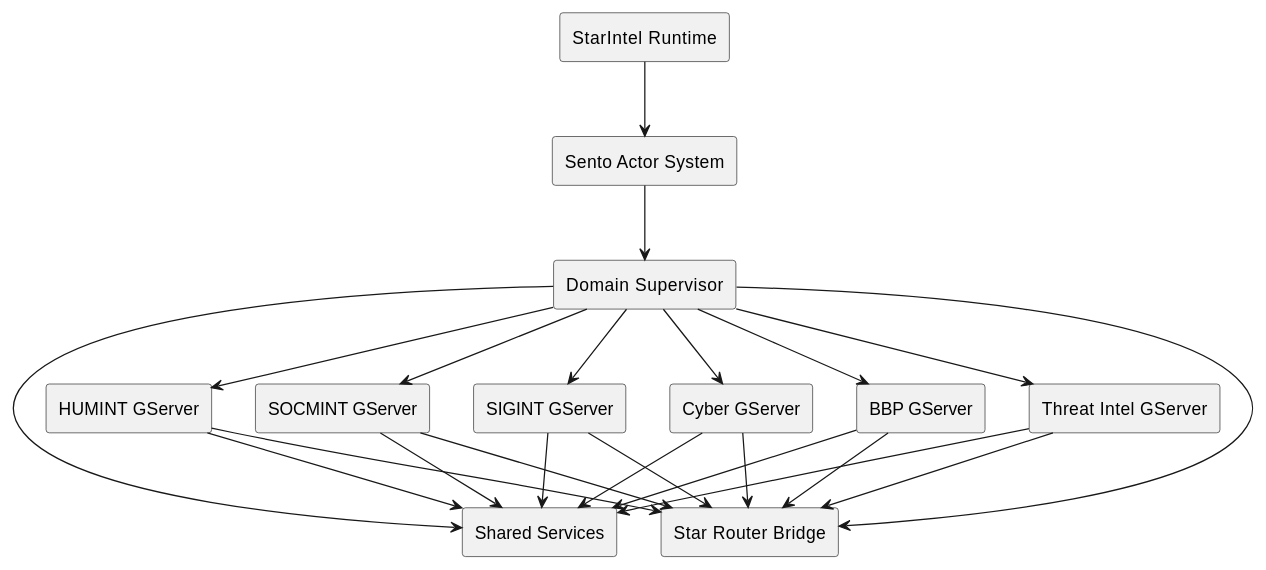
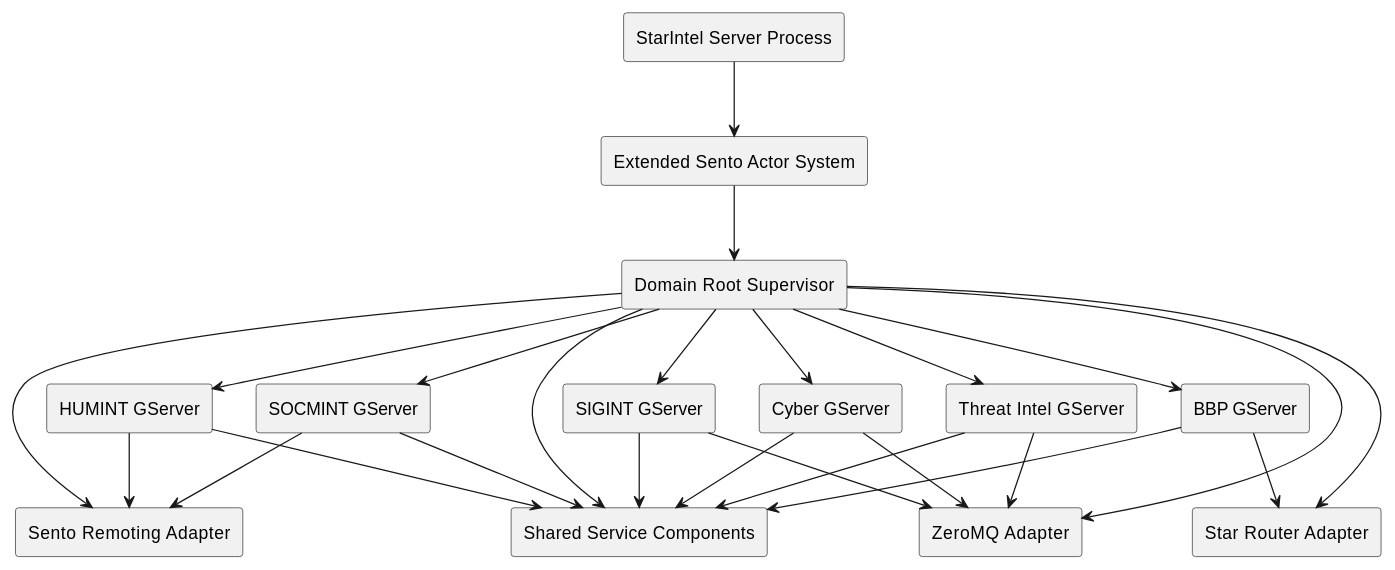
The diagram in roam/design/star-server/STAR-SERVER-000-composable-intelligence-gservers.org (lost-rob0t/starintel-auto-research), drawn with PlantUML before and after one commit. The commit also changed other lines of this file, not shown here.

Commit message:
Align domain gservers with Sento extensions and ZeroMQ

```diff
--- a/roam/design/star-server/STAR-SERVER-000-composable-intelligence-gservers.org
+++ b/roam/design/star-server/STAR-SERVER-000-composable-intelligence-gservers.org
@@ -133,42 +102,46 @@
 #+begin_src plantuml
 @startuml
 skinparam componentStyle rectangle
 
-component "StarIntel Runtime" as Runtime
-component "Sento Actor System" as Sento
-component "Domain Supervisor" as Supervisor
+component "StarIntel Server Process" as Runtime
+component "Extended Sento Actor System" as Sento
+component "Domain Root Supervisor" as Root
 component "HUMINT GServer" as HUMINT
 component "SOCMINT GServer" as SOCMINT
 component "SIGINT GServer" as SIGINT
 component "Cyber GServer" as Cyber
 component "BBP GServer" as BBP
 component "Threat Intel GServer" as ThreatIntel
-component "Shared Services" as Shared
-component "Star Router Bridge" as StarRouter
+component "Shared Service Components" as Shared
+component "Sento Remoting Adapter" as Remoting
+component "ZeroMQ Adapter" as ZMQ
+component "Star Router Adapter" as StarRouter
 
 Runtime --> Sento
-Sento --> Supervisor
-Supervisor --> HUMINT
-Supervisor --> SOCMINT
-Supervisor --> SIGINT
-Supervisor --> Cyber
-Supervisor --> BBP
-Supervisor --> ThreatIntel
-Supervisor --> Shared
-Supervisor --> StarRouter
+Sento --> Root
+Root --> HUMINT
+Root --> SOCMINT
+Root --> SIGINT
+Root --> Cyber
+Root --> BBP
+Root --> ThreatIntel
+Root --> Shared
+Root --> Remoting
+Root --> ZMQ
+Root --> StarRouter
 
 HUMINT --> Shared
 SOCMINT --> Shared
 SIGINT --> Shared
 Cyber --> Shared
 BBP --> Shared
 ThreatIntel --> Shared
 
-HUMINT --> StarRouter
-SOCMINT --> StarRouter
-SIGINT --> StarRouter
-Cyber --> StarRouter
+HUMINT --> Remoting
+SOCMINT --> Remoting
+SIGINT --> ZMQ
+Cyber --> ZMQ
 BBP --> StarRouter
-ThreatIntel --> StarRouter
+ThreatIntel --> ZMQ
 @enduml
 #+end_src
```
